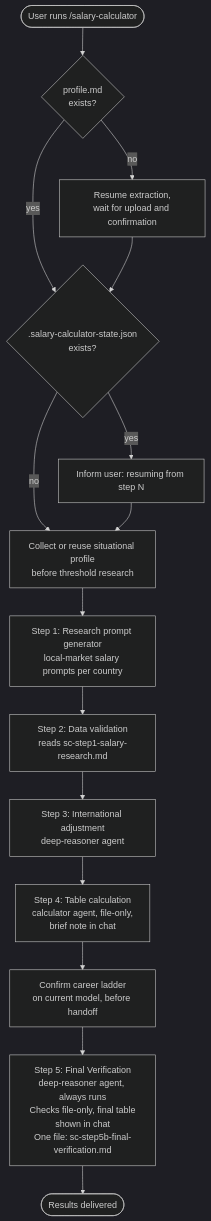
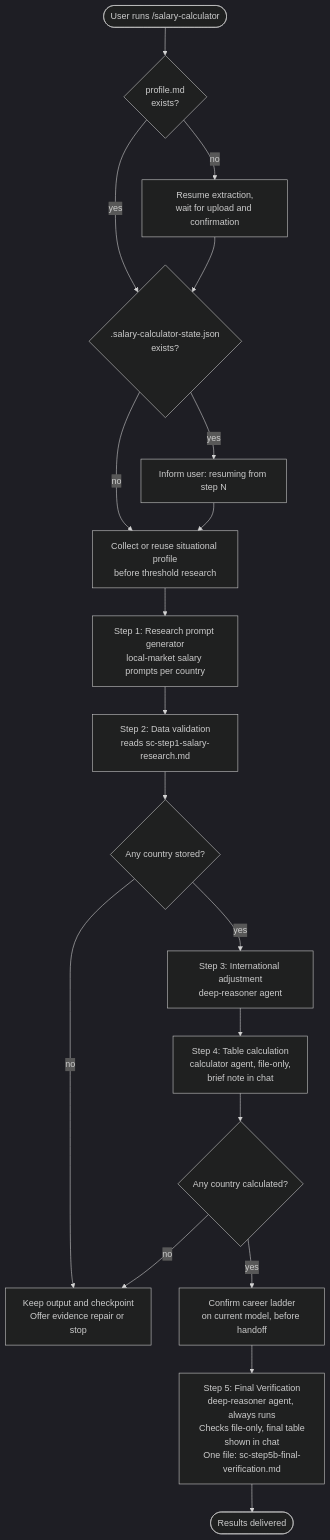
The diagram in docs/commands/salary-calculator.md (myowinthein/agent-compass), drawn with Mermaid (dark theme) before and after one commit. The commit also changed other lines of this file and 17 other files, not shown here.

Commit message:
fix(salary-calculator): improve salary research and audit safeguards

````diff
--- a/docs/commands/salary-calculator.md
+++ b/docs/commands/salary-calculator.md
@@ -30,20 +32,24 @@
 ```mermaid
 flowchart TD
   Start([User runs /salary-calculator]) --> Profile{profile.md\nexists?}
   Profile -->|no| Extract[Resume extraction,\nwait for upload and confirmation]
   Profile -->|yes| State
   Extract --> State
 
   State{.salary-calculator-state.json\nexists?} -->|yes| Resume[Inform user: resuming from step N]
   State -->|no| S1prep
   Resume --> S1prep
 
   S1prep[Collect or reuse situational profile\nbefore threshold research] --> S1
   S1[Step 1: Research prompt generator\nlocal-market salary prompts per country] --> S2
-  S2[Step 2: Data validation\nreads sc-step1-salary-research.md] --> S3
+  S2[Step 2: Data validation\nreads sc-step1-salary-research.md] --> Stored{Any country stored?}
+  Stored -->|yes| S3
+  Stored -->|no| Repair[Keep output and checkpoint\nOffer evidence repair or stop]
   S3[Step 3: International adjustment\ndeep-reasoner agent] --> S4
-  S4[Step 4: Table calculation\ncalculator agent, file-only,\nbrief note in chat] --> Ladder
+  S4[Step 4: Table calculation\ncalculator agent, file-only,\nbrief note in chat] --> Calculated{Any country calculated?}
+  Calculated -->|yes| Ladder
+  Calculated -->|no| Repair
 
   Ladder[Confirm career ladder\non current model, before handoff] --> S5[Step 5: Final Verification\ndeep-reasoner agent, always runs\nChecks file-only, final table\nshown in chat\nOne file: sc-step5b-final-verification.md]
   S5 --> Done([Results delivered])
 ```
````
